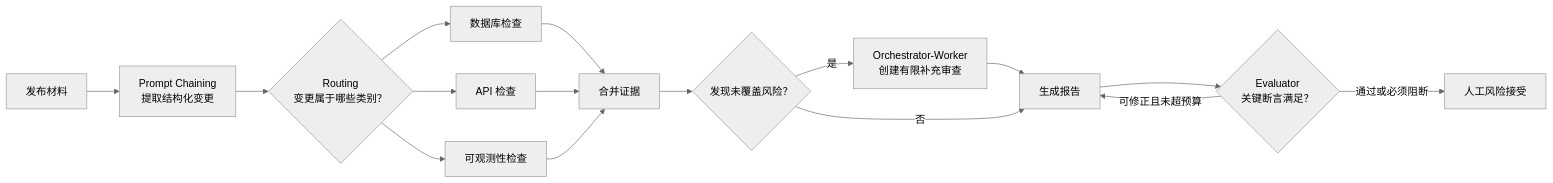
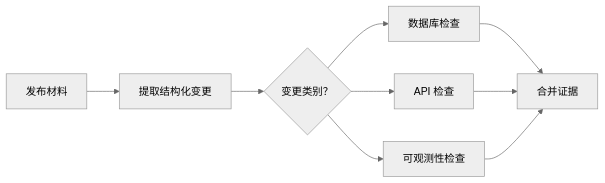
The fifth of 9 diagrams in docs/05-agent-loop-workflows.md (FoLaJJ/agent-systems-notes), drawn with Mermaid (neutral theme) before and after one commit. The commit also changed other lines of this file and 11 other files, not shown here.

Commit message:
Improve Mermaid diagram readability

````diff
--- a/docs/05-agent-loop-workflows.md
+++ b/docs/05-agent-loop-workflows.md
@@ -187,18 +194,11 @@
 ```mermaid
 flowchart LR
-    I["发布材料"] --> C1["Prompt Chaining<br/>提取结构化变更"]
-    C1 --> R{"Routing<br/>变更属于哪些类别？"}
+    I["发布材料"] --> C["提取结构化变更"]
+    C --> R{"变更类别？"}
     R --> D["数据库检查"]
     R --> A["API 检查"]
     R --> O["可观测性检查"]
     D --> J["合并证据"]
     A --> J
     O --> J
-    J --> K{"发现未覆盖风险？"}
-    K -->|是| W["Orchestrator-Worker<br/>创建有限补充审查"]
-    W --> E["生成报告"]
-    K -->|否| E
-    E --> V{"Evaluator<br/>关键断言满足？"}
-    V -->|可修正且未超预算| E
-    V -->|通过或必须阻断| H["人工风险接受"]
 ```
````
